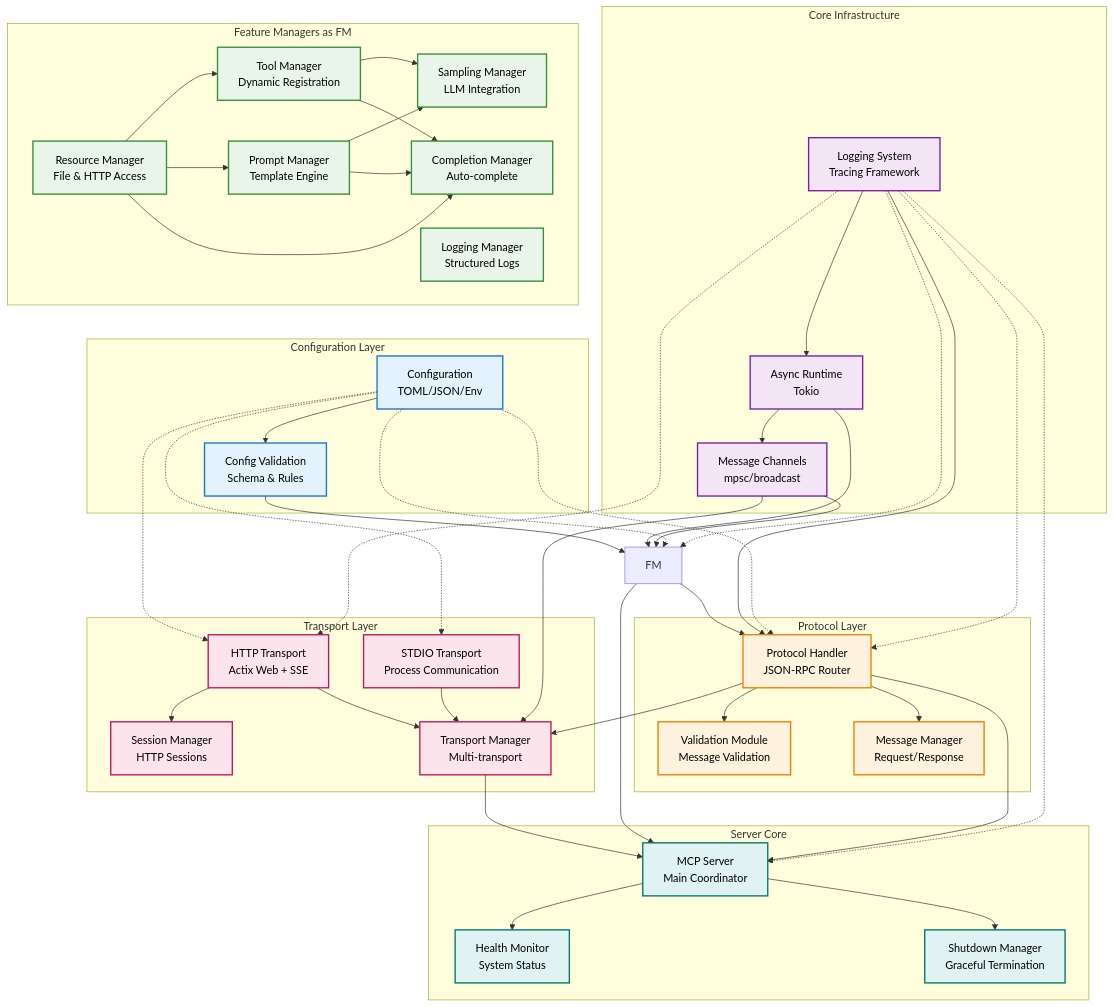
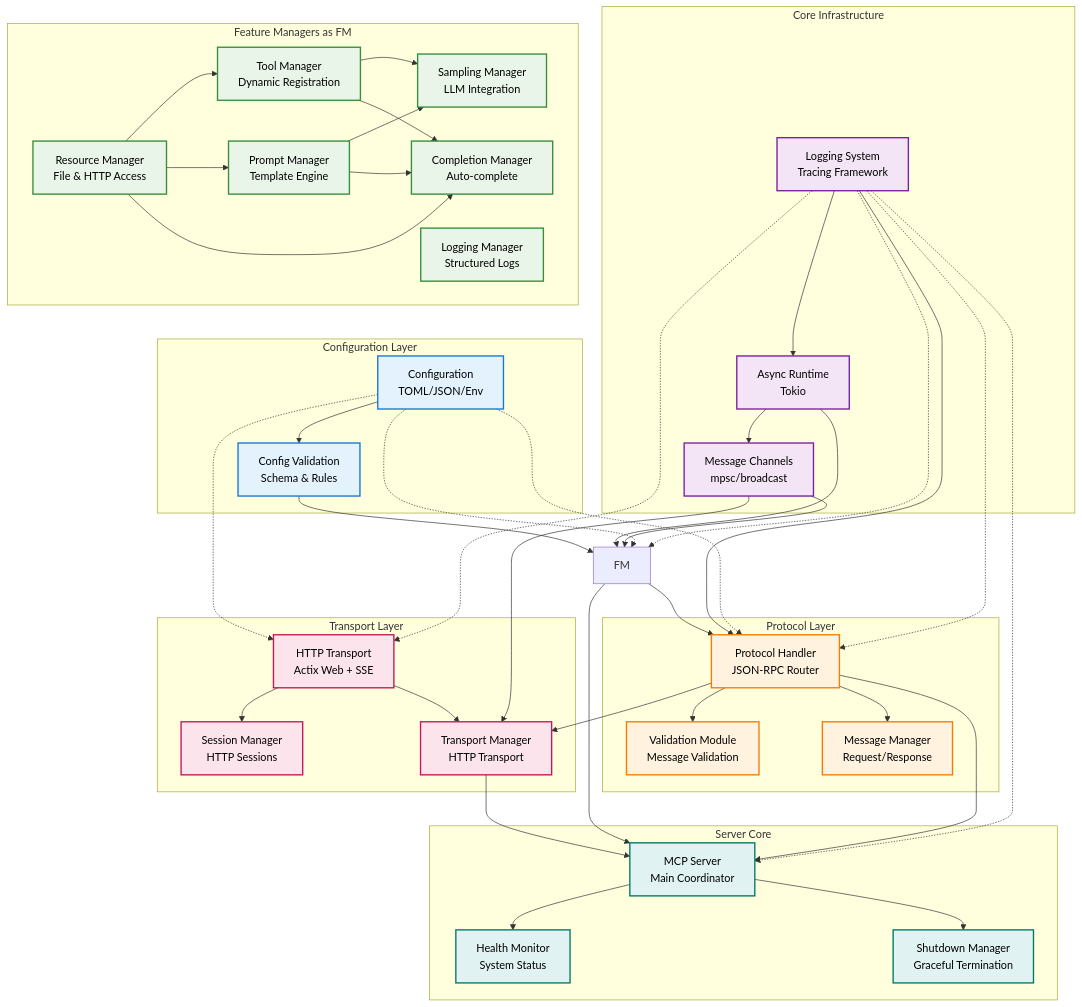
Before and after one commit to Jeetulsamaiya/mcp-server: the fourth of 4 diagrams in docs/system-initialization-flow.md, drawn with Mermaid. The commit also changed other lines of this file and 9 other files, not shown here.

First line of the commit message:
Refactor MCP Server to Remove STDIO Transport Support

````diff
--- a/docs/system-initialization-flow.md
+++ b/docs/system-initialization-flow.md
@@ -2123,13 +2111,11 @@
 
     subgraph "Transport Layer"
         HTTP[HTTP Transport<br/>Actix Web + SSE]
-        STDIO[STDIO Transport<br/>Process Communication]
         SessionMgr[Session Manager<br/>HTTP Sessions]
-        TransportMgr[Transport Manager<br/>Multi-transport]
+        TransportMgr[Transport Manager<br/>HTTP Transport]
 
         HTTP --> SessionMgr
         HTTP --> TransportMgr
-        STDIO --> TransportMgr
     end
 
     subgraph "Server Core"
@@ -2158,7 +2144,6 @@
 
     %% Cross-cutting concerns
     Config -.-> HTTP
-    Config -.-> STDIO
     Config -.-> FM
     Config -.-> PH
 
@@ -2179,6 +2164,6 @@
     class Logging,Runtime,Channels infrastructure
     class RM,TM,PM,SM,LM,CM features
     class PH,VM,MM protocol
-    class HTTP,STDIO,SessionMgr,TransportMgr transport
+    class HTTP,SessionMgr,TransportMgr transport
     class ServerCore,HealthCheck,ShutdownMgr server
 ```
````
